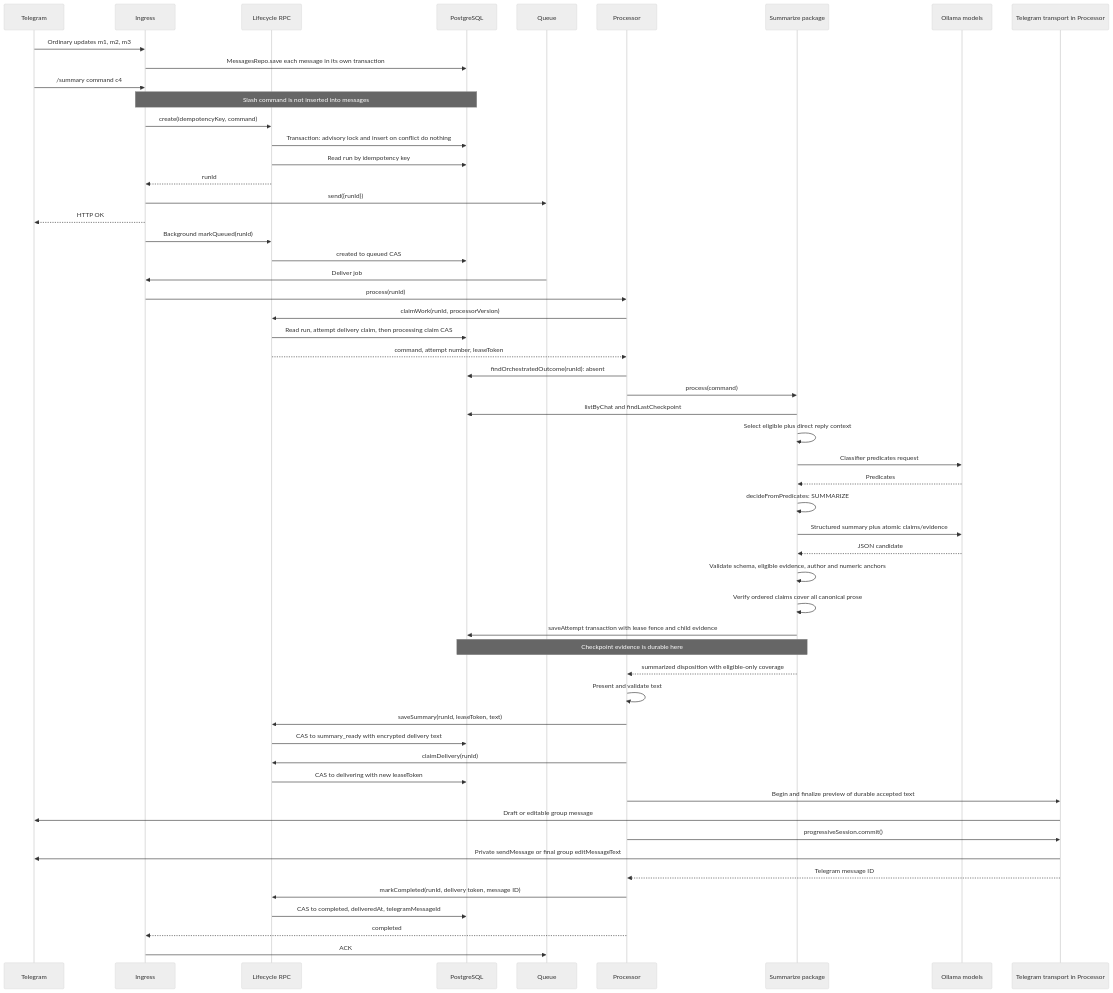
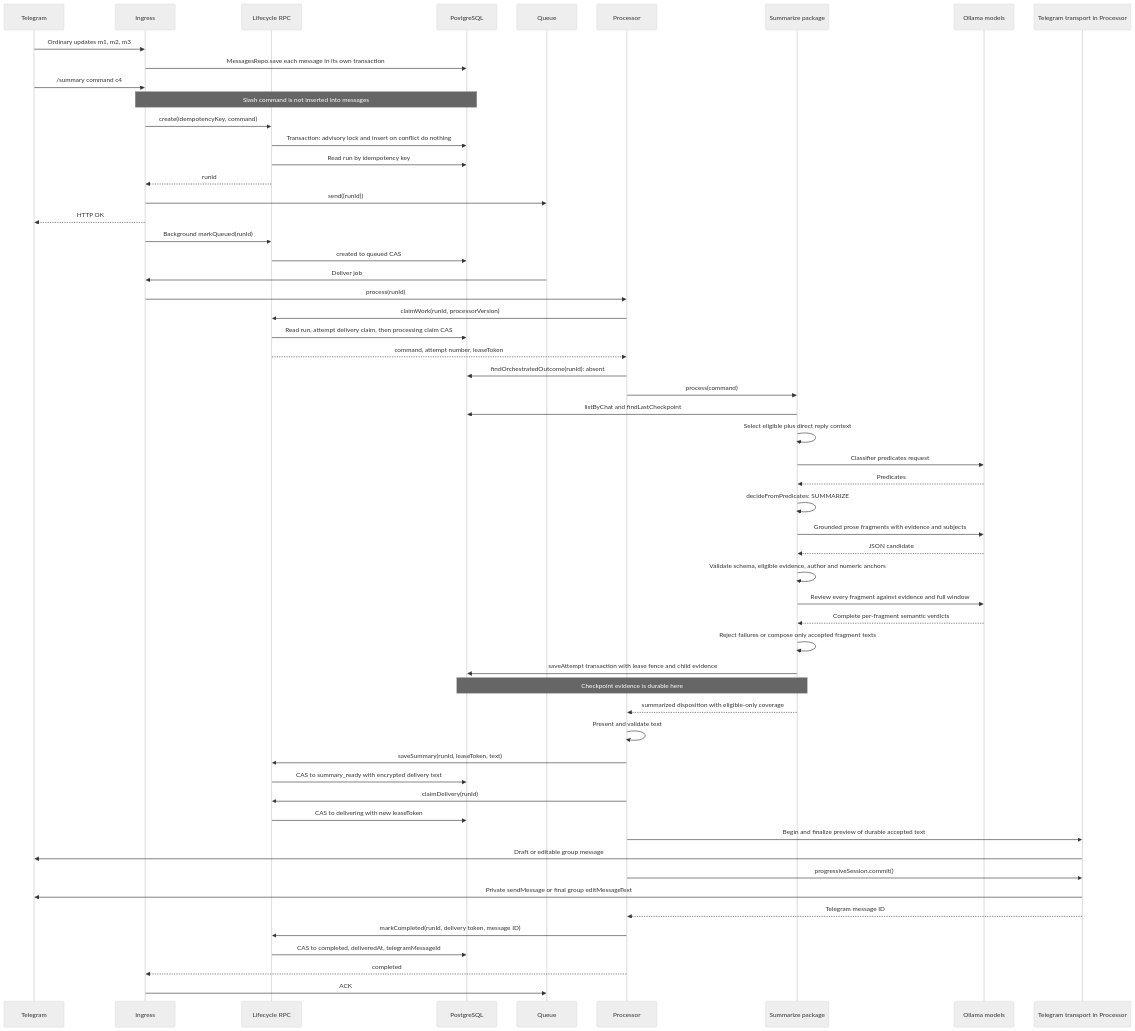
The third of 12 diagrams in docs/architecture/mental-model.md (volynetstyle/microsonya), drawn with Mermaid (neutral theme) before and after one commit. The commit also changed other lines of this file and 38 other files, not shown here.

First line of the commit message:
feat: Implement semantic acceptance and review for summary generation

````diff
--- a/docs/architecture/mental-model.md
+++ b/docs/architecture/mental-model.md
@@ -123,57 +125,59 @@
 ```mermaid
 sequenceDiagram
     participant T as Telegram
     participant I as Ingress
     participant L as Lifecycle RPC
     participant D as PostgreSQL
     participant Q as Queue
     participant P as Processor
     participant S as Summarize package
     participant M as Ollama models
     participant V as Telegram transport in Processor
     T->>I: Ordinary updates m1, m2, m3
     I->>D: MessagesRepo.save each message in its own transaction
     T->>I: /summary command c4
     Note over I,D: Slash command is not inserted into messages
     I->>L: create(idempotencyKey, command)
     L->>D: Transaction: advisory lock and insert on conflict do nothing
     L->>D: Read run by idempotency key
     L-->>I: runId
     I->>Q: send({runId})
     I-->>T: HTTP OK
     I->>L: Background markQueued(runId)
     L->>D: created to queued CAS
     Q->>I: Deliver job
     I->>P: process(runId)
     P->>L: claimWork(runId, processorVersion)
     L->>D: Read run, attempt delivery claim, then processing claim CAS
     L-->>P: command, attempt number, leaseToken
     P->>D: findOrchestratedOutcome(runId): absent
     P->>S: process(command)
     S->>D: listByChat and findLastCheckpoint
     S->>S: Select eligible plus direct reply context
     S->>M: Classifier predicates request
     M-->>S: Predicates
     S->>S: decideFromPredicates: SUMMARIZE
-    S->>M: Structured summary plus atomic claims/evidence
+    S->>M: Grounded prose fragments with evidence and subjects
     M-->>S: JSON candidate
     S->>S: Validate schema, eligible evidence, author and numeric anchors
-    S->>S: Verify ordered claims cover all canonical prose
+    S->>M: Review every fragment against evidence and full window
+    M-->>S: Complete per-fragment semantic verdicts
+    S->>S: Reject failures or compose only accepted fragment texts
     S->>D: saveAttempt transaction with lease fence and child evidence
     Note over S,D: Checkpoint evidence is durable here
     S-->>P: summarized disposition with eligible-only coverage
     P->>P: Present and validate text
     P->>L: saveSummary(runId, leaseToken, text)
     L->>D: CAS to summary_ready with encrypted delivery text
     P->>L: claimDelivery(runId)
     L->>D: CAS to delivering with new leaseToken
     P->>V: Begin and finalize preview of durable accepted text
     V->>T: Draft or editable group message
     P->>V: progressiveSession.commit()
     V->>T: Private sendMessage or final group editMessageText
     V-->>P: Telegram message ID
     P->>L: markCompleted(runId, delivery token, message ID)
     L->>D: CAS to completed, deliveredAt, telegramMessageId
     P-->>I: completed
     I->>Q: ACK
 ```
````
